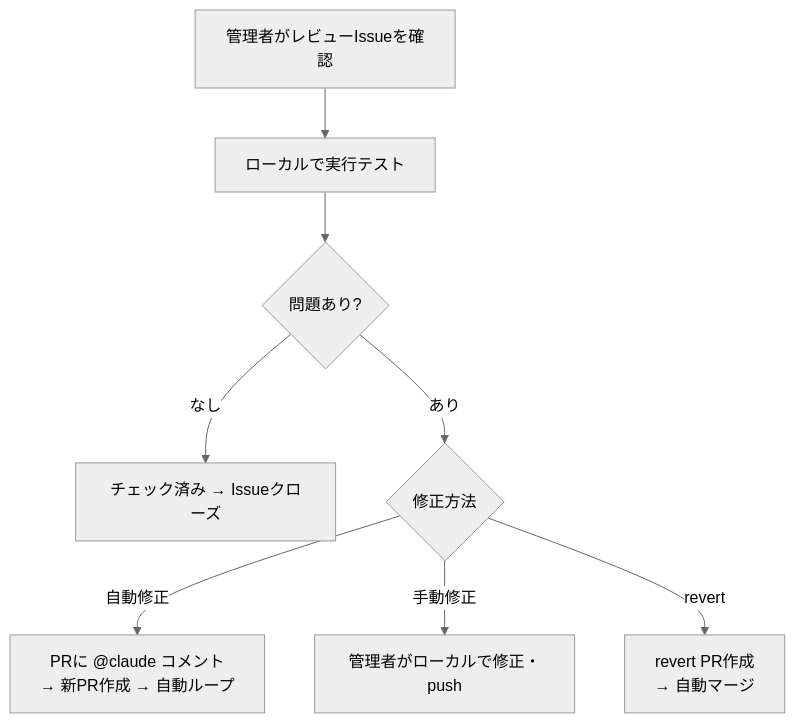
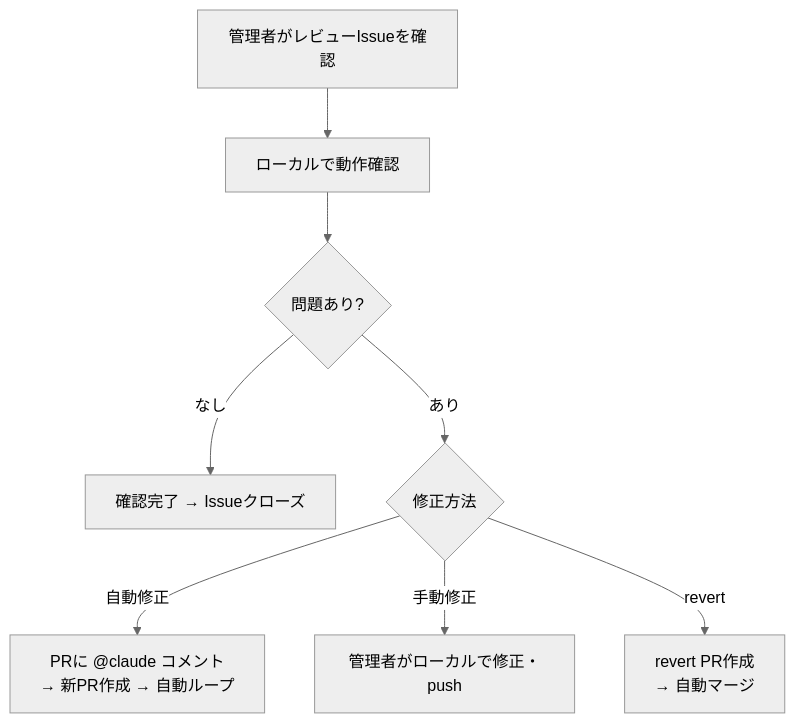
Before and after one commit to becky3/learning-companion: the fourth of 4 diagrams in docs/specs/auto-progress.md, drawn with Mermaid (neutral theme). The commit also changed other lines of this file and 3 other files, not shown here.

````diff
--- a/docs/specs/auto-progress.md
+++ b/docs/specs/auto-progress.md
@@ -621,10 +590,10 @@
 ```mermaid
 flowchart TD
-    A[管理者がレビューIssueを確認] --> B[ローカルで実行テスト]
+    A[管理者がレビューIssueを確認] --> B[ローカルで動作確認]
     B --> C{問題あり?}
-    C -->|なし| D[チェック済み → Issueクローズ]
+    C -->|なし| D[確認完了 → Issueクローズ]
     C -->|あり| E{修正方法}
     E -->|自動修正| F["PRに @claude コメント<br/>→ 新PR作成 → 自動ループ"]
     E -->|手動修正| G[管理者がローカルで修正・push]
     E -->|revert| H["revert PR作成<br/>→ 自動マージ"]
 ```
````
